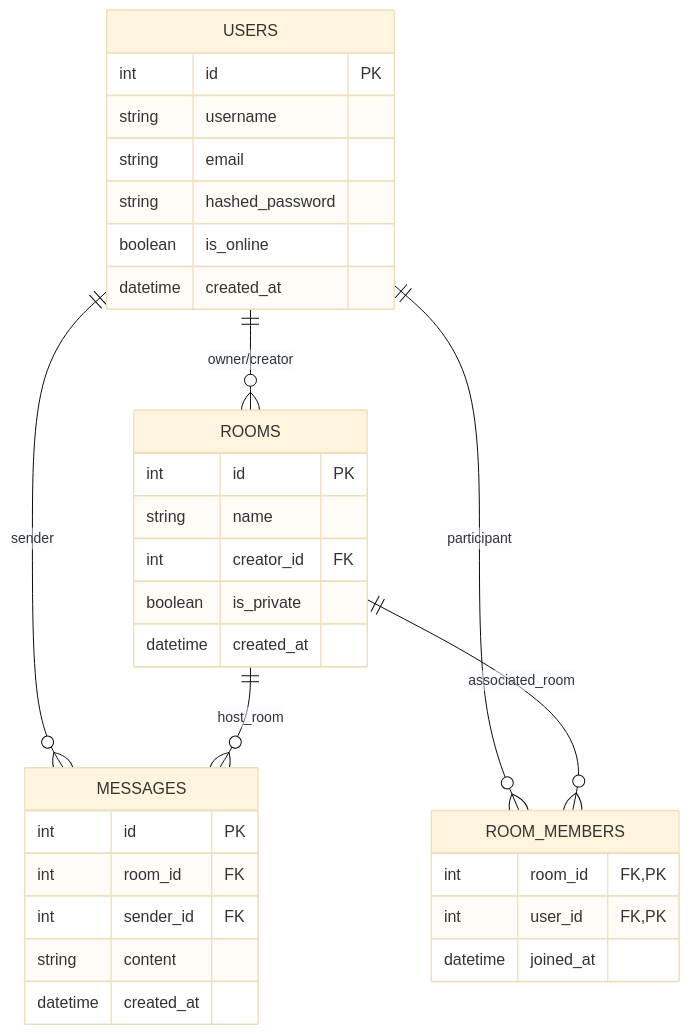
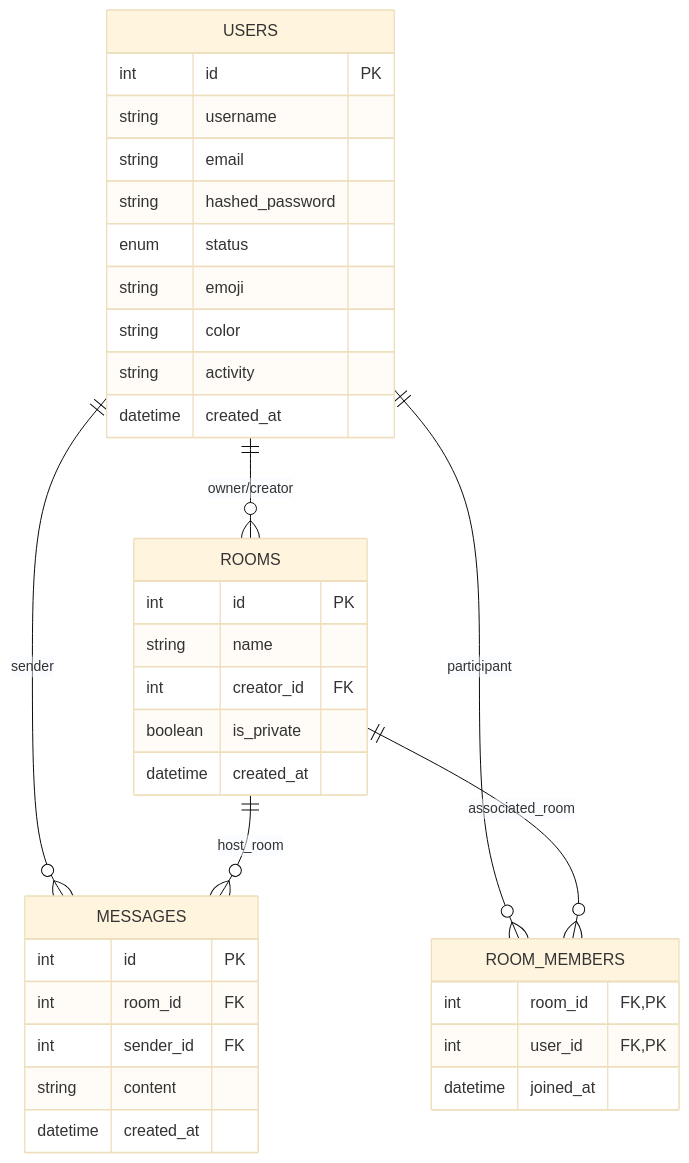
The diagram in docs/database_design.md (sianachi/Virix), drawn with Mermaid (base theme) before and after one commit. The commit also changed other lines of this file and 3 other files, not shown here.

````diff
--- a/docs/database_design.md
+++ b/docs/database_design.md
@@ -5,38 +5,41 @@
 ```mermaid
 erDiagram
     USERS ||--o{ ROOMS : "owner/creator"
     
     USERS ||--o{ MESSAGES : "sender"
     ROOMS ||--o{ MESSAGES : "host_room"
     
     USERS ||--o{ ROOM_MEMBERS : "participant"
     ROOMS ||--o{ ROOM_MEMBERS : "associated_room"
 
     USERS {
         int id PK
         string username
         string email
         string hashed_password
-        boolean is_online
+        enum status
+        string emoji
+        string color
+        string activity
         datetime created_at
     }
     ROOMS {
         int id PK
         string name
         int creator_id FK
         boolean is_private
         datetime created_at
     }
     ROOM_MEMBERS {
         int room_id FK, PK
         int user_id FK, PK
         datetime joined_at
     }
     MESSAGES {
         int id PK
         int room_id FK
         int sender_id FK
         string content
         datetime created_at
     }
 ```
````
